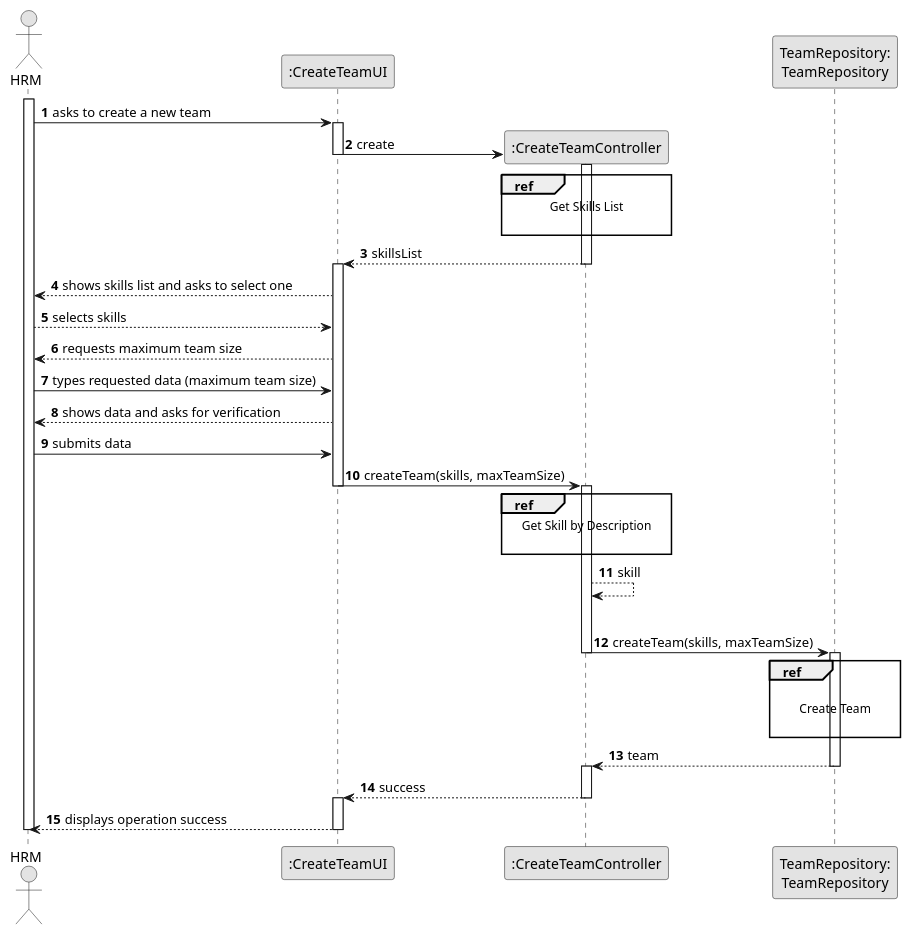
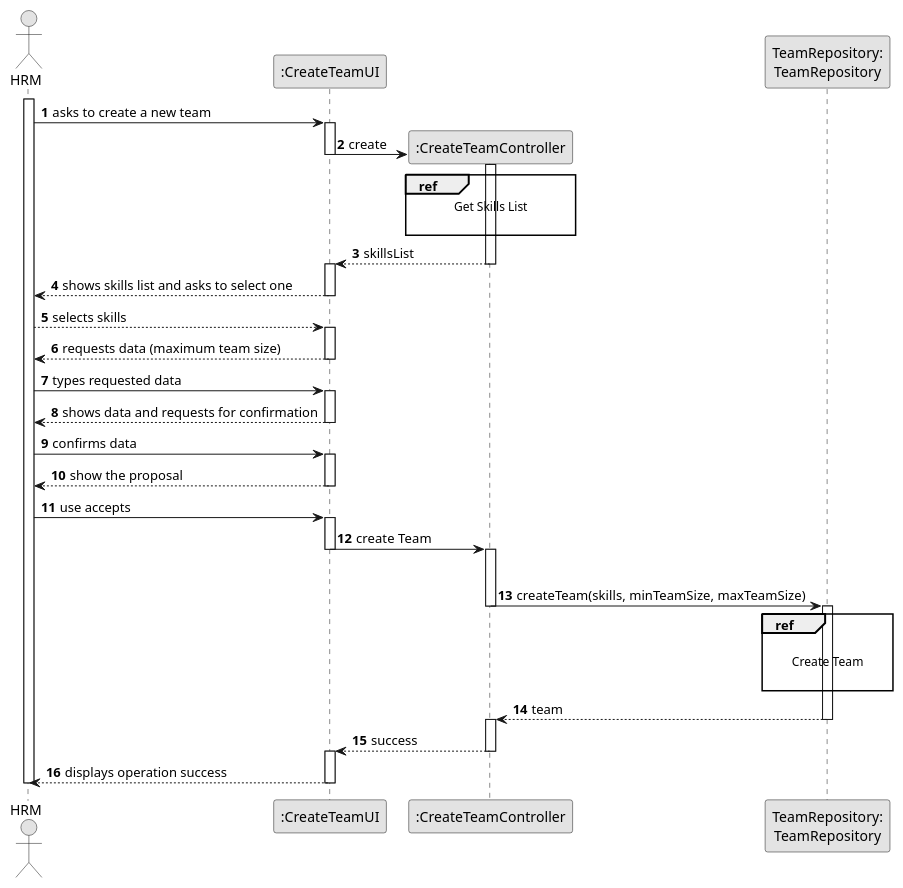
One commit to ricardomm7/leaflink changed the diagram in docs/sprintB/us005/03.design/puml/us005-sequence-diagram-split.puml. Above: the diagram before and after it, drawn with PlantUML. The commit also changed 20 other files, not shown here.

```diff
--- a/docs/sprintB/us005/03.design/puml/us005-sequence-diagram-split.puml
+++ b/docs/sprintB/us005/03.design/puml/us005-sequence-diagram-split.puml
@@ -1,78 +1,83 @@
 @startuml
 skinparam monochrome true
 skinparam packageStyle rectangle
 skinparam shadowing false
 
 autonumber
 
 'hide footbox
 actor "HRM" as ADM
 participant ":CreateTeamUI" as UI
 participant ":CreateTeamController" as CTRL
 participant "TeamRepository:\nTeamRepository" as TeamRepository
 
 activate ADM
 
     ADM -> UI : asks to create a new team
     activate UI
 
                 UI -> CTRL** : create
                 deactivate UI
                 activate CTRL
 
                     ref over CTRL
                                 Get Skills List
 
                             end ref
 
                     CTRL --> UI : skillsList
                 deactivate CTRL
                 activate UI
 
                 UI --> ADM : shows skills list and asks to select one
+                deactivate UI
 
         ADM --> UI : selects skills
+        activate UI
 
-        UI --> ADM : requests maximum team size
+        UI --> ADM : requests data (maximum team size)
+        deactivate UI
 
-    ADM -> UI : types requested data (maximum team size)
+    ADM -> UI : types requested data
+    activate UI
 
-        UI --> ADM : shows data and asks for verification
+        UI --> ADM : shows data and requests for confirmation
+        deactivate UI
 
-    ADM -> UI : submits data
+    ADM -> UI : confirms data
+    activate UI
 
-        UI -> CTRL : createTeam(skills, maxTeamSize)
+    UI --> ADM: show the proposal
+        deactivate UI
+
+        ADM -> UI: use accepts
+        activate UI
+
+        UI -> CTRL : create Team
         deactivate UI
         activate CTRL
 
-            ref over CTRL
-                        Get Skill by Description
-
-                    end ref
-                    CTRL --> CTRL : skill
-
-
             |||
-                CTRL -> TeamRepository: createTeam(skills, maxTeamSize)
+                CTRL -> TeamRepository: createTeam(skills, minTeamSize, maxTeamSize)
                 deactivate CTRL
                 activate TeamRepository
 
                 ref over TeamRepository
 
                             Create Team
 
                         end ref
 
             TeamRepository --> CTRL: team
             deactivate TeamRepository
             activate CTRL
 
             CTRL --> UI : success
             deactivate CTRL
             activate UI
             UI --> ADM: displays operation success
     deactivate UI
 
 deactivate ADM
 
 @enduml
```
